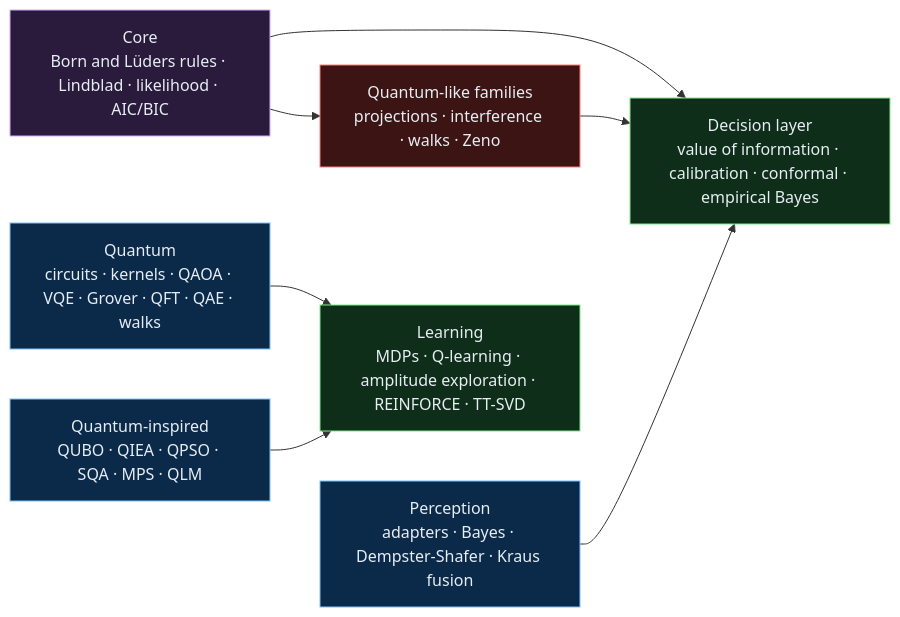
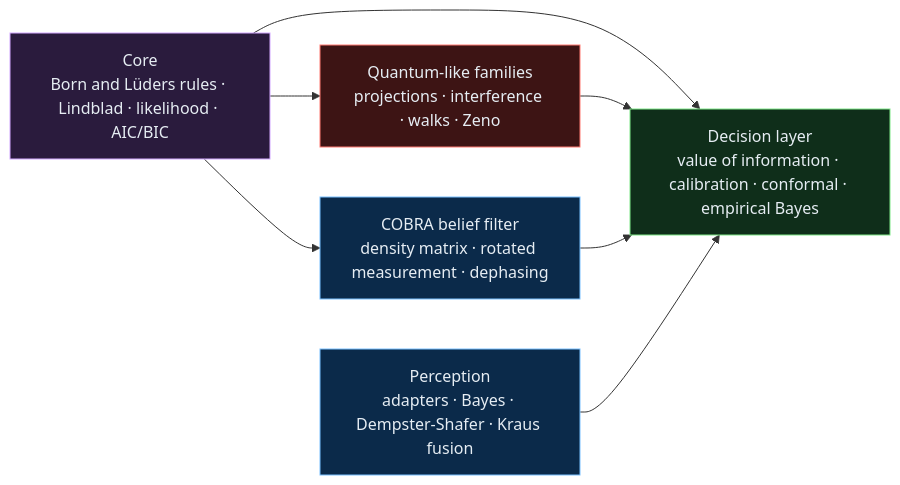
The diagram in docs/math/index.md (yeshwanthguru/Quantum-mind), drawn with Mermaid before and after one commit. The commit also changed other lines of this file and 182 other files, not shown here.

````diff
--- a/docs/math/index.md
+++ b/docs/math/index.md
@@ -7,16 +7,15 @@
 ```{mermaid}
 flowchart LR
     accTitle: Mathematics, diagram 1
-    accDescr: The core rules feed the quantum-like families and the decision layer; perception feeds the decision layer; quantum and quantum-inspired models feed learning.
+    accDescr: The core rules feed the quantum-like families, the COBRA belief filter and the decision layer; perception feeds the decision layer.
     C["Core<br/>Born and Lüders rules · Lindblad · likelihood · AIC/BIC"]:::op --> QL["Quantum-like families<br/>projections · interference · walks · Zeno"]:::hum
+    C --> B["COBRA belief filter<br/>density matrix · rotated measurement · dephasing"]:::in
     C --> R["Decision layer<br/>value of information · calibration · conformal · empirical Bayes"]:::out
     QL --> R
+    B --> R
     P["Perception<br/>adapters · Bayes · Dempster-Shafer · Kraus fusion"]:::in --> R
-    L["Learning<br/>MDPs · Q-learning · amplitude exploration · REINFORCE · TT-SVD"]:::out
-    Q["Quantum<br/>circuits · kernels · QAOA · VQE · Grover · QFT · QAE · walks"]:::in --> L
-    I["Quantum-inspired<br/>QUBO · QIEA · QPSO · SQA · MPS · QLM"]:::in --> L
     classDef in fill:#0b2a4a,stroke:#79c0ff,color:#e6edf3
     classDef op fill:#2a1b3d,stroke:#d2a8ff,color:#e6edf3
     classDef out fill:#0f2e1a,stroke:#7ee787,color:#e6edf3
     classDef hum fill:#3d1414,stroke:#ff7b72,color:#e6edf3
 ```
````
